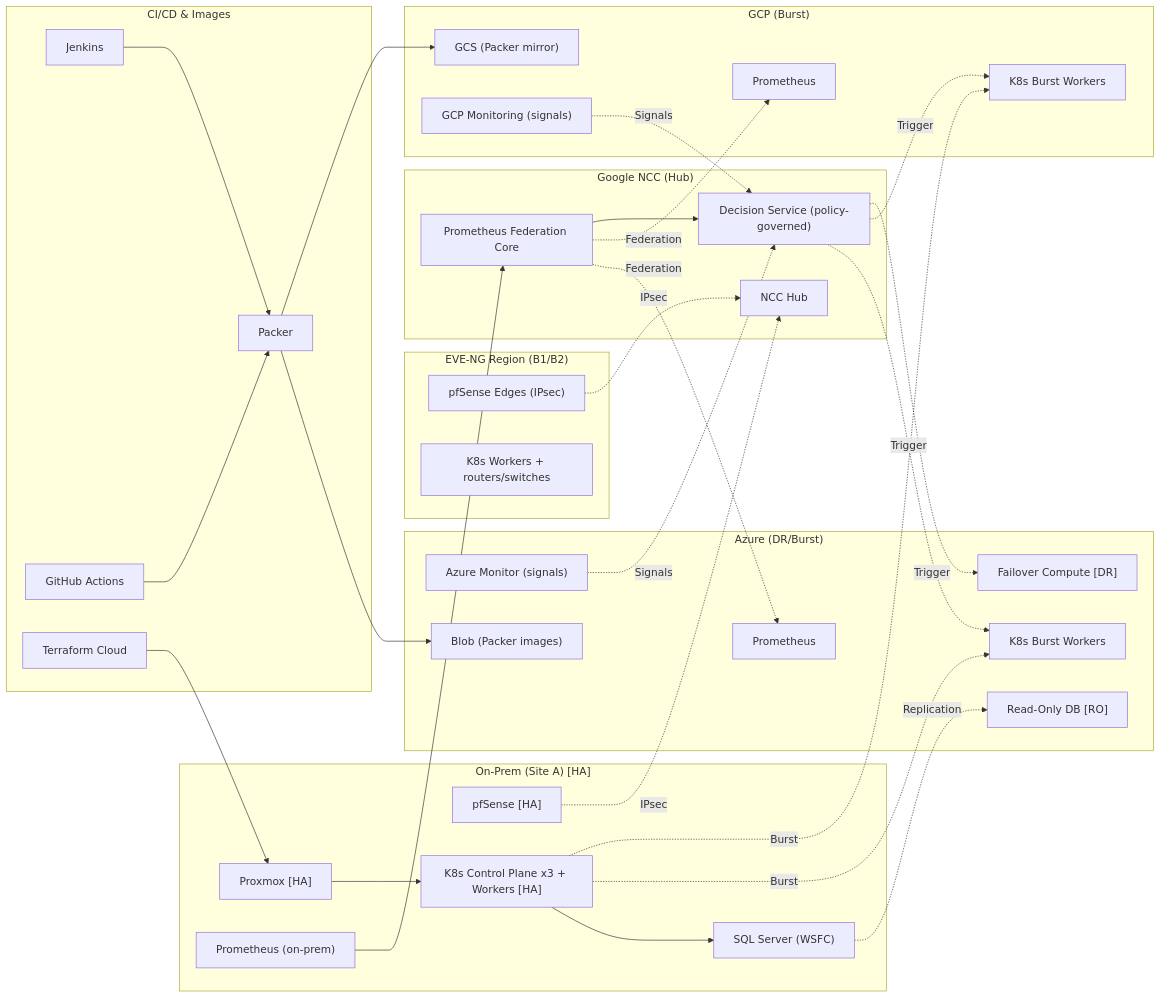
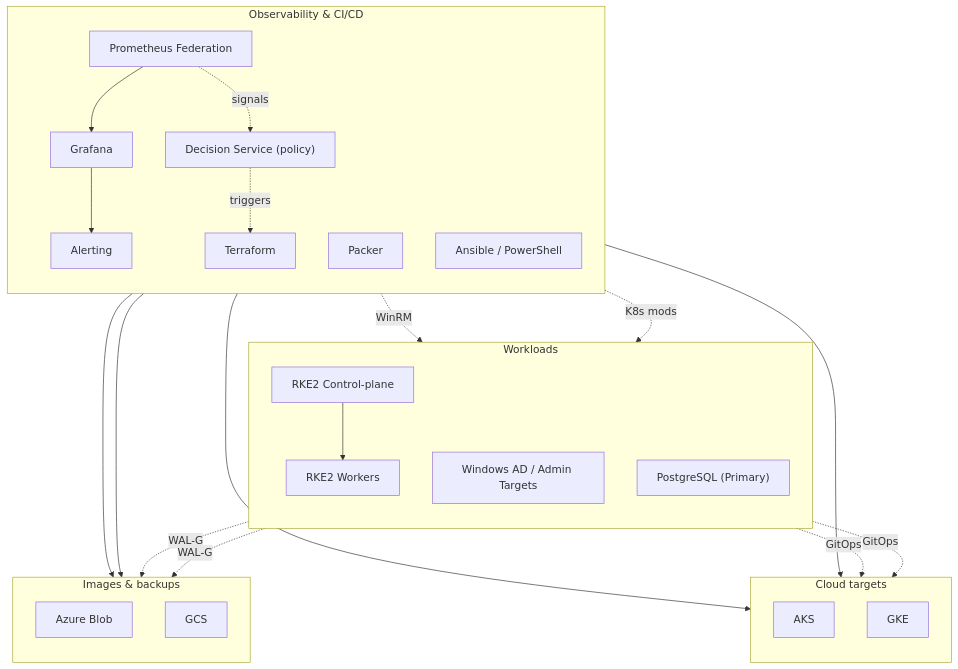
One commit to jeleel-muibi/hybridops.studio changed the second of 2 diagrams in docs/diagrams/mermaid/architecture-overview.md. Above: the diagram before and after it, drawn with Mermaid. The commit also changed other lines of this file and 456 other files, not shown here.

````diff
--- a/docs/diagrams/mermaid/architecture-overview.md
+++ b/docs/diagrams/mermaid/architecture-overview.md
@@ -4,75 +46,57 @@
 ```mermaid
-flowchart LR
-  %% ===== On-Prem =====
-  subgraph OnPrem["On-Prem (Site A) [HA]"]
-    PVE["Proxmox [HA]"]
-    PF["pfSense [HA]"]
-    K8S["K8s Control Plane x3 + Workers [HA]"]
-    SQL["SQL Server (WSFC)"]
-    PROM_ON["Prometheus (on-prem)"]
+flowchart TB
+  %% ===== Workloads (on‑prem) =====
+  subgraph Workloads["Workloads"]
+    direction TB
+    KCP["RKE2 Control‑plane"]
+    KW["RKE2 Workers"]
+    WIN["Windows AD / Admin Targets"]
+    PG["PostgreSQL (Primary)"]
+    KCP --> KW
   end
 
-  %% ===== EVE-NG =====
-  subgraph EVE["EVE-NG Region (B1/B2)"]
-    EDGE["pfSense Edges (IPsec)"]
-    WORKERS["K8s Workers + routers/switches"]
+  %% ===== Tooling =====
+  subgraph Tooling["Observability & CI/CD"]
+    direction TB
+    PFED["Prometheus Federation"]
+    GRAF["Grafana"]
+    ALERT["Alerting"]
+    DEC["Decision Service (policy)"]
+    TF["Terraform"]
+    PKR["Packer"]
+    ANS["Ansible / PowerShell"]
+    PFED --> GRAF --> ALERT
+    PFED -. signals .-> DEC
+    DEC  -. triggers .-> TF
   end
 
-  %% ===== Hub & Decision =====
-  subgraph HUB["Google NCC (Hub)"]
-    NCC["NCC Hub"]
-    PROM_FED["Prometheus Federation Core"]
-    DEC["Decision Service (policy-governed)"]
+  %% ===== Cloud targets =====
+  subgraph Clouds["Cloud targets"]
+    direction TB
+    AKS["AKS"]
+    GKE["GKE"]
   end
 
-  %% ===== Azure =====
-  subgraph AZ["Azure (DR/Burst)"]
-    K8S_AZ["K8s Burst Workers"]
-    RO_DB["Read-Only DB [RO]"]
-    DR["Failover Compute [DR]"]
-    AZ_MON["Azure Monitor (signals)"]
-    PROM_AZ["Prometheus"]
-    BLOB["Blob (Packer images)"]
+  %% ===== Artifacts =====
+  subgraph Artifacts["Images & backups"]
+    direction TB
+    BLOB["Azure Blob"]
+    GCS["GCS"]
   end
 
-  %% ===== GCP =====
-  subgraph GC["GCP (Burst)"]
-    K8S_GCP["K8s Burst Workers"]
-    GCS["GCS (Packer mirror)"]
-    PROM_GCP["Prometheus"]
-    GCP_MON["GCP Monitoring (signals)"]
-  end
+  %% Provision & GitOps
+  TF --> AKS
+  TF --> GKE
+  KCP -. GitOps .-> AKS
+  KCP -. GitOps .-> GKE
 
-  %% ===== CI/CD & Images =====
-  subgraph CICD["CI/CD & Images"]
-    JENK["Jenkins"]
-    GHA["GitHub Actions"]
-    PACK["Packer"]
-    TFC["Terraform Cloud"]
-  end
+  %% Admin & config
+  ANS -. WinRM .-> WIN
+  ANS -. K8s mods .-> KCP
 
-  %% Primary (solid)
-  PVE --> K8S
-  K8S --> SQL
-  PROM_ON --> PROM_FED
-  TFC --> PVE
-  JENK --> PACK
-  GHA --> PACK
-  PACK --> BLOB
-  PACK --> GCS
-
-  %% Overlays (dashed)
-  PF -. "IPsec" .-> NCC
-  EDGE -. "IPsec" .-> NCC
-  PROM_FED -. "Federation" .-> PROM_AZ
-  PROM_FED -. "Federation" .-> PROM_GCP
-  K8S -. "Burst" .-> K8S_AZ
-  K8S -. "Burst" .-> K8S_GCP
-  SQL -. "Replication" .-> RO_DB
-  AZ_MON -. "Signals" .-> DEC
-  GCP_MON -. "Signals" .-> DEC
-  PROM_FED --> DEC
-  DEC -. "Trigger" .-> K8S_AZ
-  DEC -. "Trigger" .-> K8S_GCP
-  DEC -. "Trigger" .-> DR
+  %% Backups & images
+  PG  -. WAL‑G .-> BLOB
+  PG  -. WAL‑G .-> GCS
+  PKR --> BLOB
+  PKR --> GCS
 ```
````
